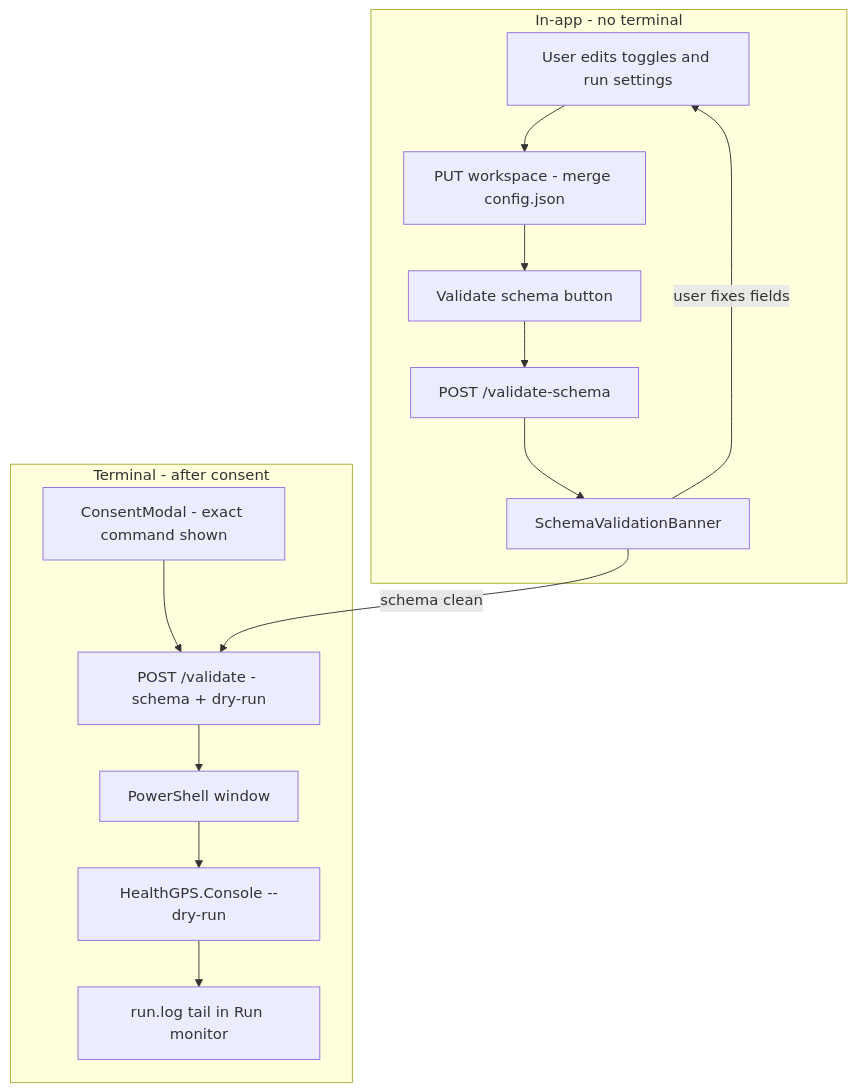
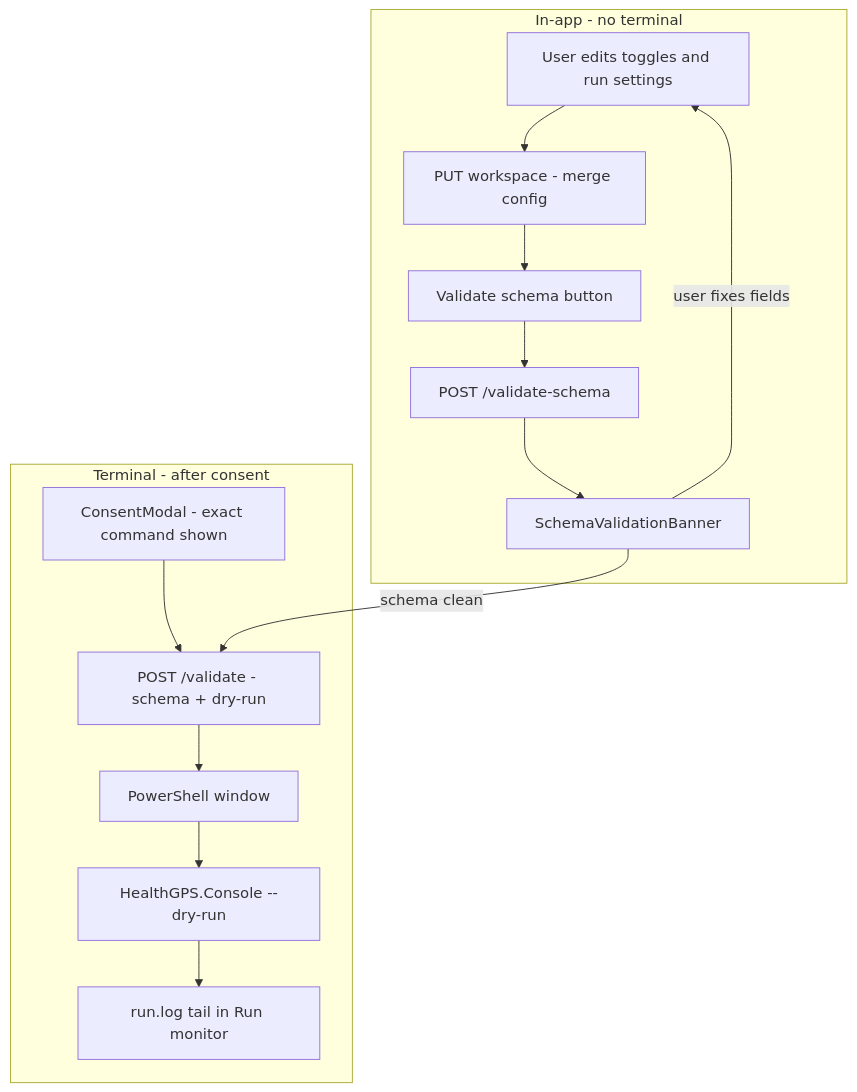
One commit to imperialCHEPI/healthgps changed the fifth of 10 diagrams in documentation/technical/plans/HealthGPS_studio-GUI.md. Above: the diagram before and after it, drawn with Mermaid. The commit also changed other lines of this file and 1 other file, not shown here.

````diff
--- a/documentation/technical/plans/HealthGPS_studio-GUI.md
+++ b/documentation/technical/plans/HealthGPS_studio-GUI.md
@@ -196,21 +256,23 @@
 ```mermaid
 flowchart TB
     subgraph inApp [In-app - no terminal]
         Edit[User edits toggles and run settings]
-        Save[PUT workspace - merge config.json]
+        Save[PUT workspace - merge config]
         SchemaBtn[Validate schema button]
-        SchemaAPI["POST /validate-schema"]
+        SchemaAPI[POST /validate-schema]
         Banner[SchemaValidationBanner]
         Edit --> Save --> SchemaBtn --> SchemaAPI --> Banner
     end
-    subgraph terminal [Terminal - after consent]
+
+    subgraph terminalFlow [Terminal - after consent]
         Consent[ConsentModal - exact command shown]
-        FullVal["POST /validate - schema + dry-run"]
+        FullVal[POST /validate - schema + dry-run]
         PS[PowerShell window]
-        Console["HealthGPS.Console --dry-run"]
+        Console[HealthGPS.Console --dry-run]
         Log[run.log tail in Run monitor]
         Consent --> FullVal --> PS --> Console --> Log
     end
+
     Banner -->|"user fixes fields"| Edit
     Banner -->|"schema clean"| FullVal
 ```
````
